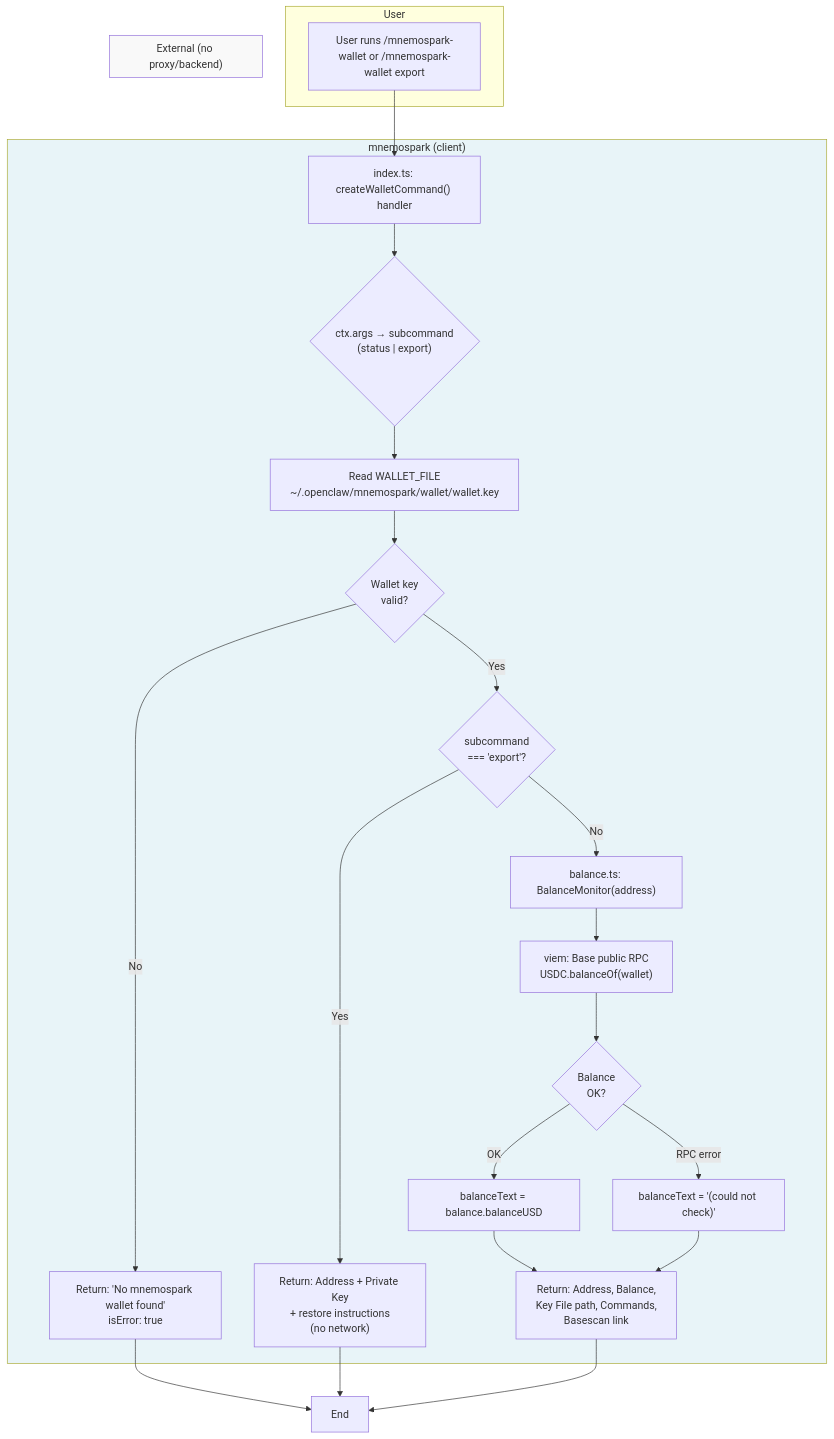
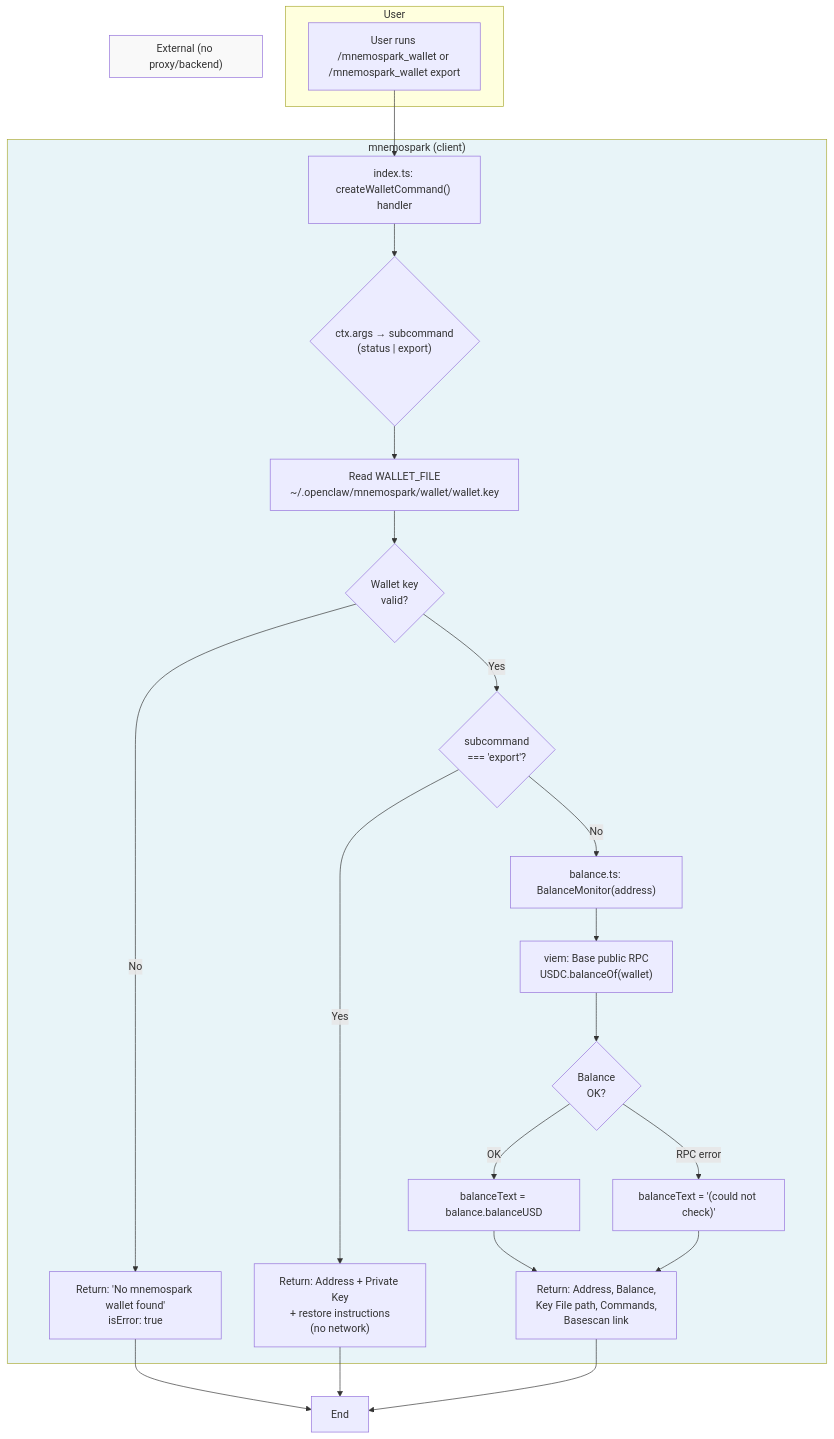
Before and after one commit to pawlsclick/mnemospark-docs: the diagram in meta_docs/wallet-and-export-process-flow.md, drawn with Mermaid. The commit also changed other lines of this file and 28 other files, not shown here.

````diff
--- a/meta_docs/wallet-and-export-process-flow.md
+++ b/meta_docs/wallet-and-export-process-flow.md
@@ -190,35 +190,35 @@
 ```mermaid
 flowchart TB
   subgraph User
-    A["User runs /mnemospark-wallet or /mnemospark-wallet export"]
+    A["User runs /mnemospark_wallet or /mnemospark_wallet export"]
   end
 
   subgraph Client["mnemospark (client)"]
     B["index.ts: createWalletCommand() handler"]
     B --> C{"ctx.args → subcommand\n(status | export)"}
     C --> D["Read WALLET_FILE\n~/.openclaw/mnemospark/wallet/wallet.key"]
     D --> E{Wallet key\nvalid?}
     E -->|No| F["Return: 'No mnemospark wallet found'\nisError: true"]
     E -->|Yes| G{subcommand\n=== 'export'?}
     G -->|Yes| H["Return: Address + Private Key\n+ restore instructions\n(no network)"]
     G -->|No| I["balance.ts: BalanceMonitor(address)"]
     I --> J["viem: Base public RPC\nUSDC.balanceOf(wallet)"]
     J --> K{Balance\nOK?}
     K -->|OK| L["balanceText = balance.balanceUSD"]
     K -->|RPC error| M["balanceText = '(could not check)'"]
     L --> N["Return: Address, Balance,\nKey File path, Commands,\nBasescan link"]
     M --> N
   end
 
   subgraph External["External (no proxy/backend)"]
     J
   end
 
   A --> B
   F --> O["End"]
   H --> O
   N --> O
 
   style External fill:#f9f9f9
   style Client fill:#e8f4f8
 ```
````
